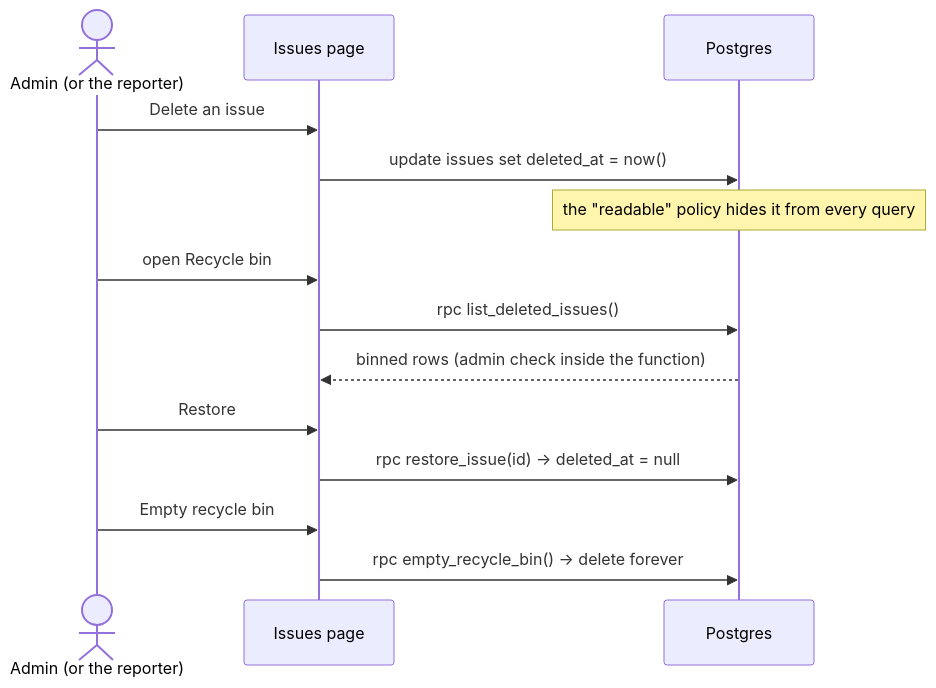
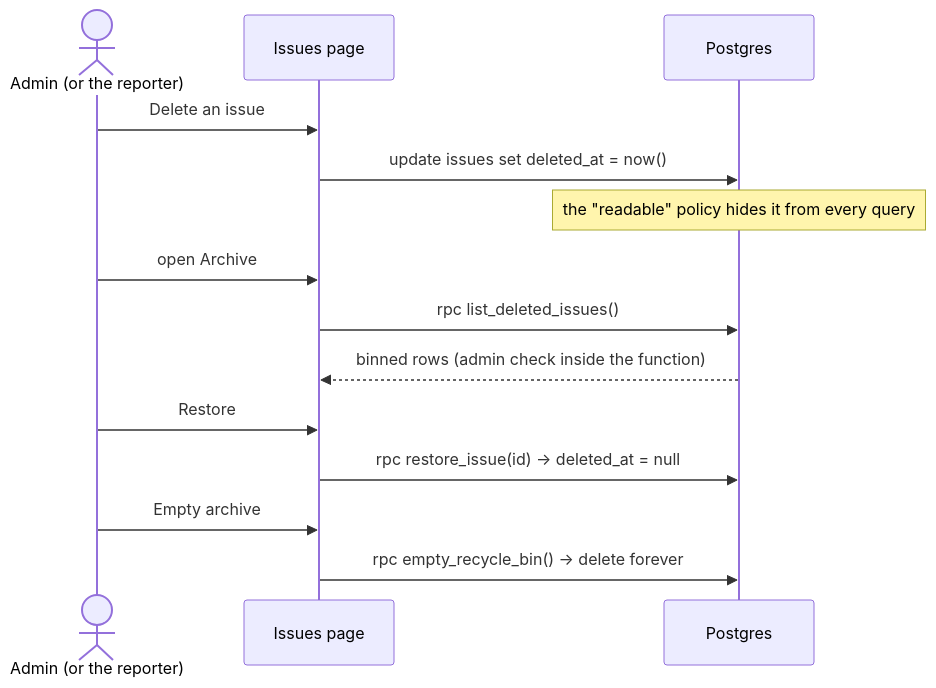
The eighth of 15 diagrams in ARCHITECTURE.md (rawrmeo/issue-tracker), drawn with Mermaid before and after one commit. The commit also changed other lines of this file and 5 other files, not shown here.

````diff
--- a/ARCHITECTURE.md
+++ b/ARCHITECTURE.md
@@ -223,18 +289,18 @@
 ```mermaid
 sequenceDiagram
   actor A as Admin (or the reporter)
   participant App as Issues page
   participant DB as Postgres
 
   A->>App: Delete an issue
   App->>DB: update issues set deleted_at = now()
   Note over DB: the "readable" policy hides it from every query
 
-  A->>App: open Recycle bin
+  A->>App: open Archive
   App->>DB: rpc list_deleted_issues()
   DB-->>App: binned rows (admin check inside the function)
   A->>App: Restore
   App->>DB: rpc restore_issue(id)  →  deleted_at = null
-  A->>App: Empty recycle bin
+  A->>App: Empty archive
   App->>DB: rpc empty_recycle_bin()  →  delete forever
 ```
````
